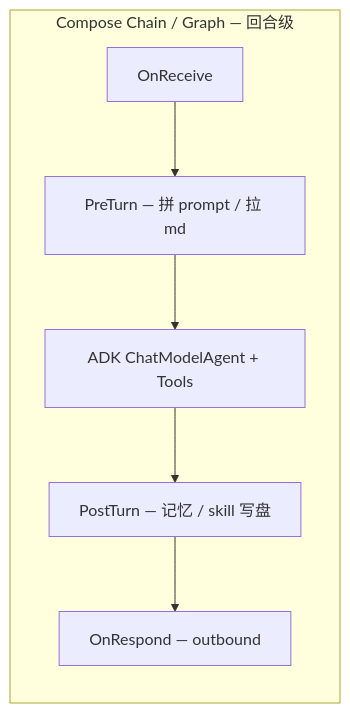
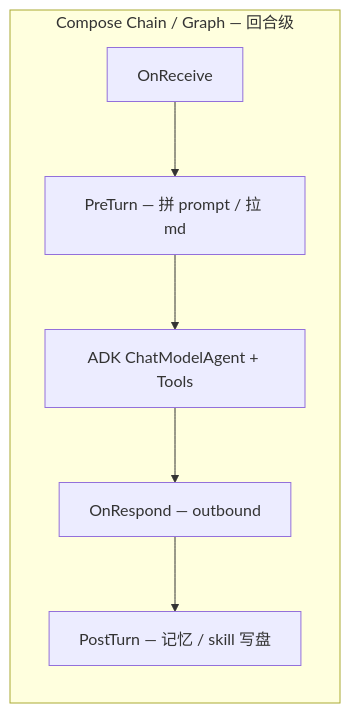
Before and after one commit to lengzhao/oneclaw: the diagram in docs/eino-md-chain-architecture.md, drawn with Mermaid. The commit also changed other lines of this file and 9 other files, not shown here.

````diff
--- a/docs/eino-md-chain-architecture.md
+++ b/docs/eino-md-chain-architecture.md
@@ -66,11 +68,11 @@
 ```mermaid
 flowchart LR
   subgraph outer [Compose Chain / Graph — 回合级]
     R[OnReceive]
     P[PreTurn — 拼 prompt / 拉 md]
     A[ADK ChatModelAgent + Tools]
+    O[OnRespond — outbound]
     Q[PostTurn — 记忆 / skill 写盘]
-    O[OnRespond — outbound]
   end
-  R --> P --> A --> Q --> O
+  R --> P --> A --> O --> Q
 ```
````
